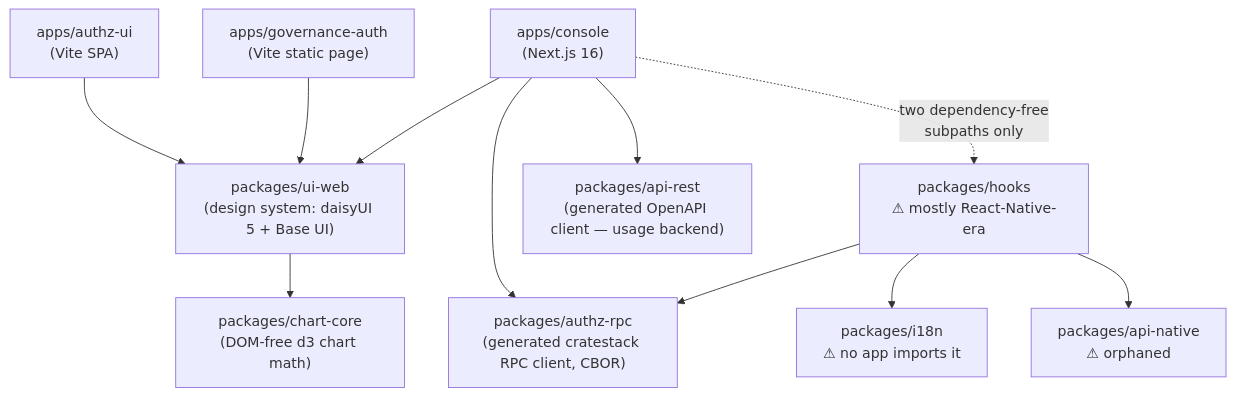
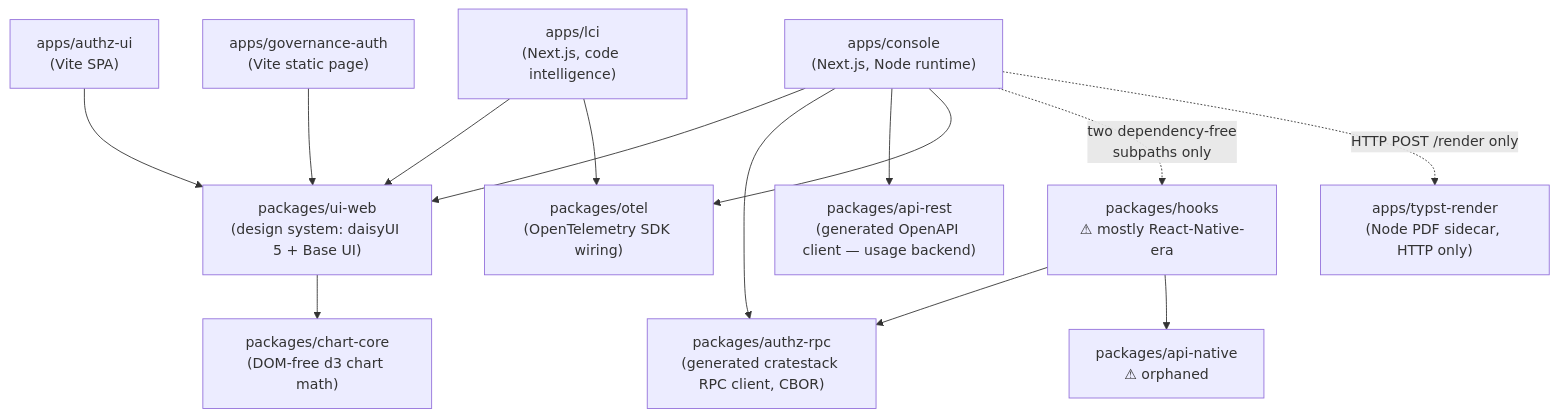
The diagram in docs/knowledge/architecture.md (ADORSYS-GIS/converse-frontends), drawn with Mermaid before and after one commit. The commit also changed other lines of this file and 62 other files, not shown here.

````diff
--- a/docs/knowledge/architecture.md
+++ b/docs/knowledge/architecture.md
@@ -51,24 +61,29 @@
 ```mermaid
 flowchart TD
-    console["apps/console<br/>(Next.js 16)"]
+    console["apps/console<br/>(Next.js, Node runtime)"]
+    lci["apps/lci<br/>(Next.js, code intelligence)"]
     authzui["apps/authz-ui<br/>(Vite SPA)"]
     govauth["apps/governance-auth<br/>(Vite static page)"]
+    typst["apps/typst-render<br/>(Node PDF sidecar, HTTP only)"]
     uiweb["packages/ui-web<br/>(design system: daisyUI 5 + Base UI)"]
     chart["packages/chart-core<br/>(DOM-free d3 chart math)"]
     authzrpc["packages/authz-rpc<br/>(generated cratestack RPC client, CBOR)"]
     apirest["packages/api-rest<br/>(generated OpenAPI client — usage backend)"]
+    otel["packages/otel<br/>(OpenTelemetry SDK wiring)"]
     hooks["packages/hooks<br/>⚠ mostly React-Native-era"]
-    i18n["packages/i18n<br/>⚠ no app imports it"]
     apinative["packages/api-native<br/>⚠ orphaned"]
 
     console --> uiweb
     console --> authzrpc
     console --> apirest
+    console --> otel
     console -.->|"two dependency-free<br/>subpaths only"| hooks
+    console -.->|"HTTP POST /render only"| typst
+    lci --> uiweb
+    lci --> otel
     authzui --> uiweb
     govauth --> uiweb
     uiweb --> chart
     hooks --> authzrpc
-    hooks --> i18n
     hooks --> apinative
 ```
````
